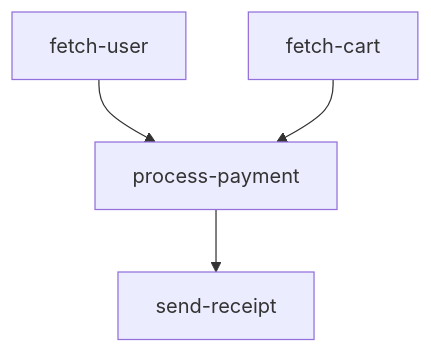
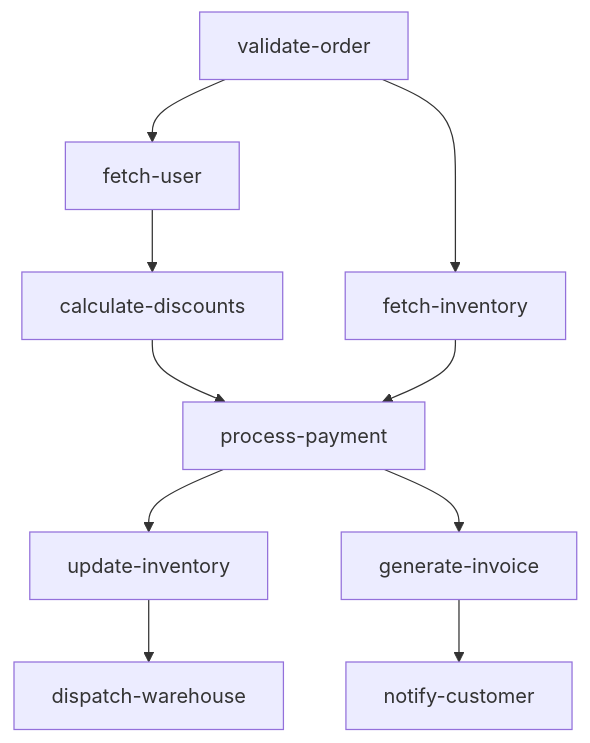
The second of 2 diagrams in README.md (ntkwan/go-flow), drawn with Mermaid before and after one commit. The commit also changed other lines of this file and 1 other file, not shown here.

Commit message:
docs: align visual dag export snippet and mermaid diagram with order checkout example

````diff
--- a/README.md
+++ b/README.md
@@ -293,6 +301,12 @@
 ```mermaid
 graph TD
-    fetch_user["fetch-user"] --> process_payment["process-payment"]
-    fetch_cart["fetch-cart"] --> process_payment["process-payment"]
-    process_payment["process-payment"] --> send_receipt["send-receipt"]
+    validate_order["validate-order"] --> fetch_user["fetch-user"]
+    validate_order["validate-order"] --> fetch_inventory["fetch-inventory"]
+    fetch_user["fetch-user"] --> calculate_discounts["calculate-discounts"]
+    calculate_discounts["calculate-discounts"] --> process_payment["process-payment"]
+    fetch_inventory["fetch-inventory"] --> process_payment["process-payment"]
+    process_payment["process-payment"] --> update_inventory["update-inventory"]
+    process_payment["process-payment"] --> generate_invoice["generate-invoice"]
+    generate_invoice["generate-invoice"] --> notify_customer["notify-customer"]
+    update_inventory["update-inventory"] --> dispatch_warehouse["dispatch-warehouse"]
 ```
````
